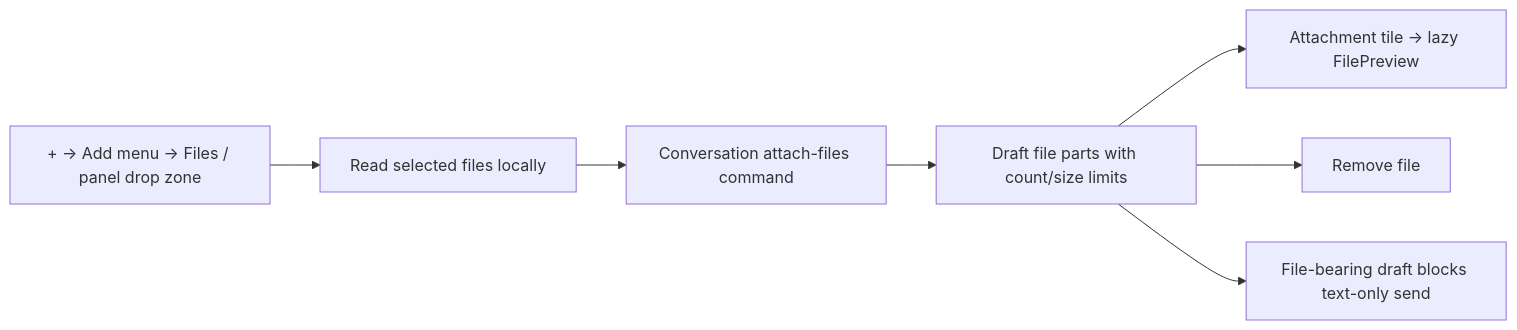
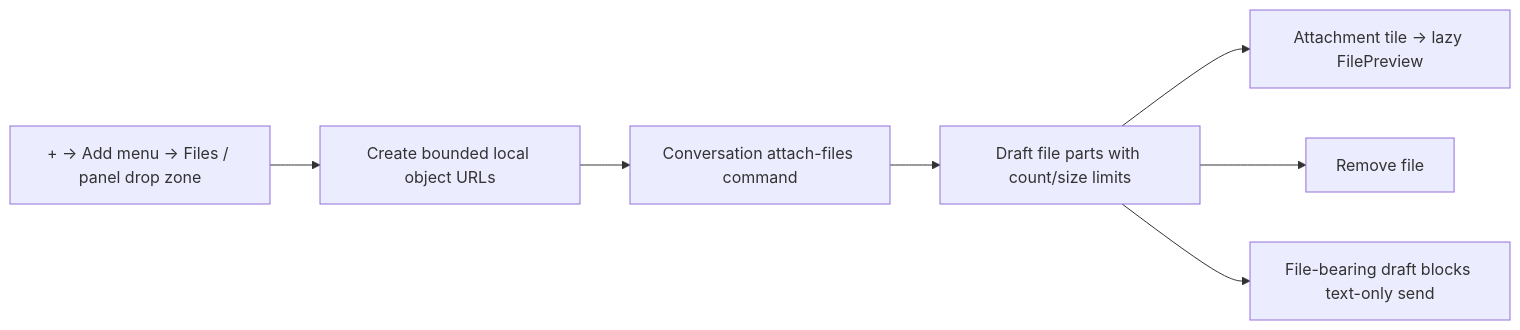
One commit to nessalabs/nessa-agent changed the diagram in README.md. Above: the diagram before and after it, drawn with Mermaid. The commit also changed other lines of this file and 22 other files, not shown here.

````diff
--- a/README.md
+++ b/README.md
@@ -520,9 +527,9 @@
 ```mermaid
 flowchart LR
-  P["+ → Add menu → Files / panel drop zone"] --> R["Read selected files locally"]
+  P["+ → Add menu → Files / panel drop zone"] --> R["Create bounded local object URLs"]
   R --> A["Conversation attach-files command"]
   A --> D["Draft file parts with count/size limits"]
   D --> V["Attachment tile → lazy FilePreview"]
   D --> X["Remove file"]
   D --> B["File-bearing draft blocks text-only send"]
 ```
````
